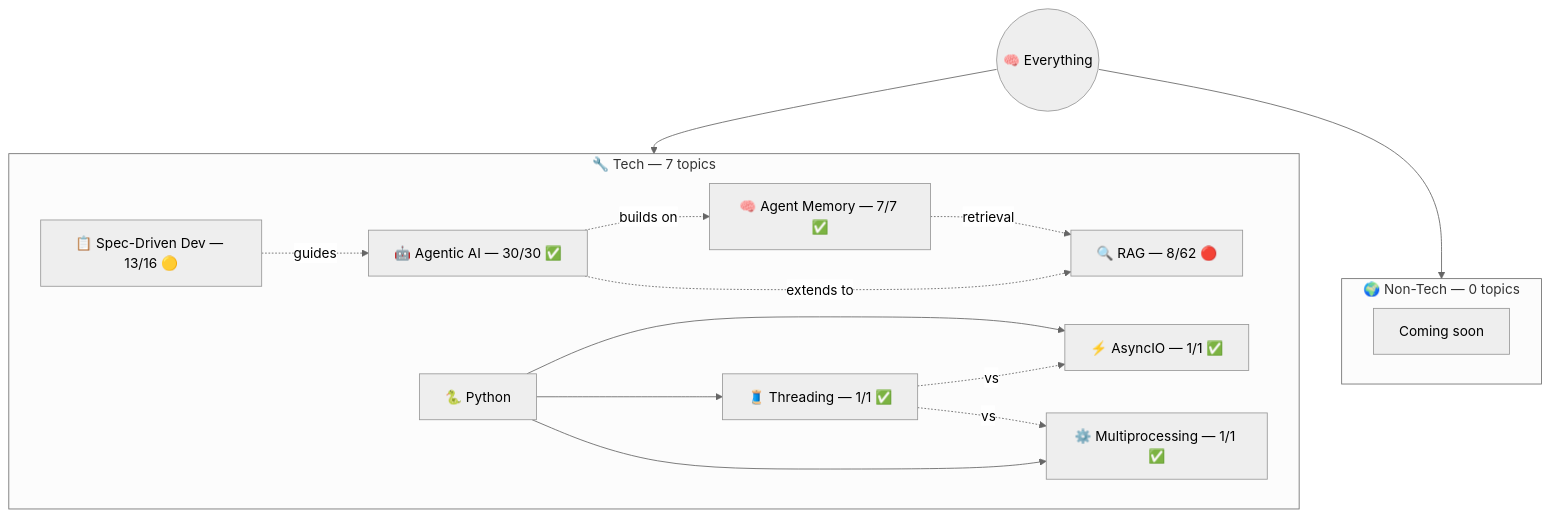
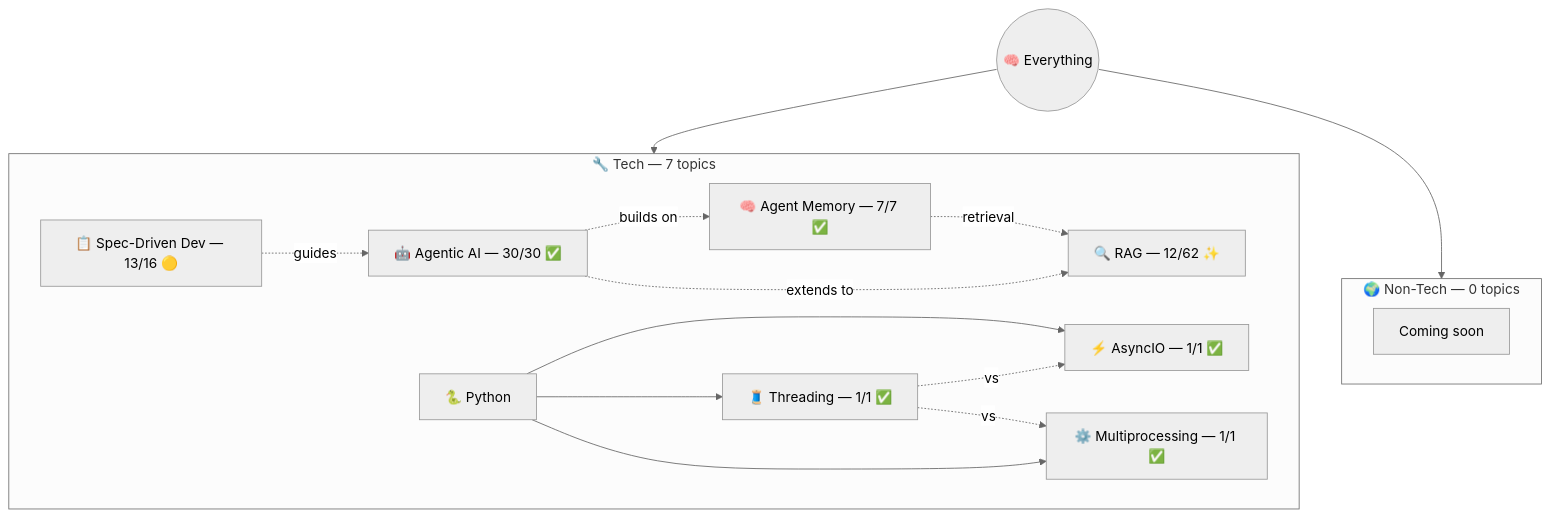
One commit to AyushSonuu/my-memory changed the diagram in _maps/everything.md. Above: the diagram before and after it, drawn with Mermaid (neutral theme). The commit also changed other lines of this file and 13 other files, not shown here.

````diff
--- a/_maps/everything.md
+++ b/_maps/everything.md
@@ -5,28 +5,28 @@
 ```mermaid
 graph TB
     ROOT(("🧠 Everything"))
     
     subgraph TECH ["🔧 Tech — 7 topics"]
         AG["🤖 Agentic AI — 30/30 ✅"]
         AM["🧠 Agent Memory — 7/7 ✅"]
-        RAG["🔍 RAG — 8/62 🔴"]
+        RAG["🔍 RAG — 12/62 ✨"]
         SDD["📋 Spec-Driven Dev — 13/16 🟡"]
         PY["🐍 Python"]
         PY --> AIO["⚡ AsyncIO — 1/1 ✅"]
         PY --> THR["🧵 Threading — 1/1 ✅"]
         PY --> MP["⚙️ Multiprocessing — 1/1 ✅"]
         AG -.->|"builds on"| AM
         AM -.->|"retrieval"| RAG
         AG -.->|"extends to"| RAG
         SDD -.->|"guides"| AG
         THR -.->|"vs"| AIO
         THR -.->|"vs"| MP
     end
 
     subgraph NT ["🌍 Non-Tech — 0 topics"]
         NTE["Coming soon"]
     end
 
     ROOT --> TECH
     ROOT --> NT
 ```
````
